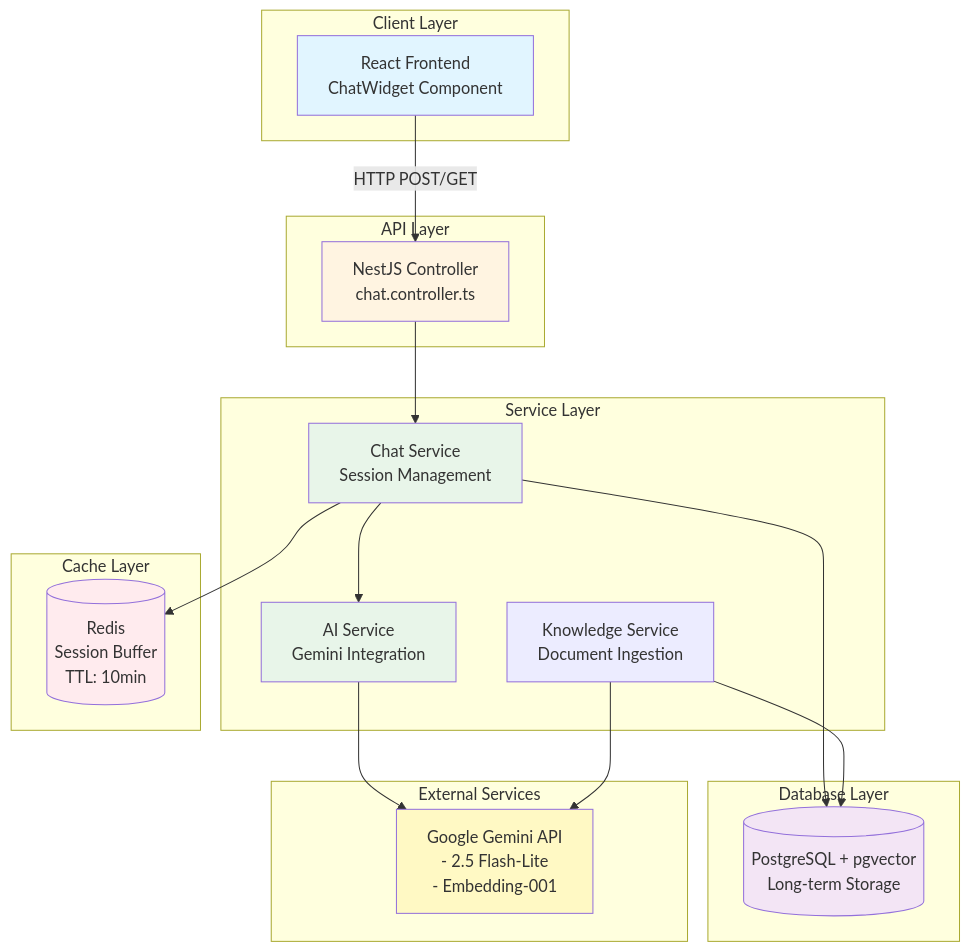
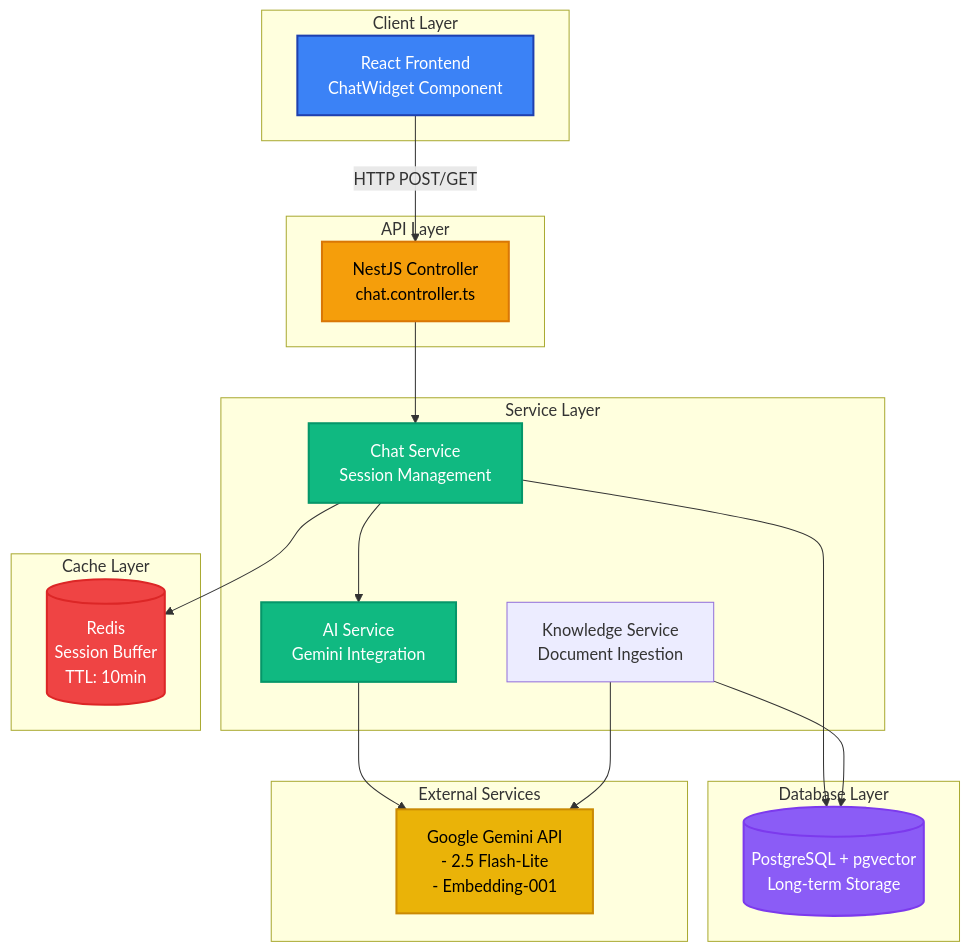
The first of 5 diagrams in Readme.md (Rohit1419/Customer-Support-AI-Agent), drawn with Mermaid before and after one commit. The commit also changed other lines of this file, not shown here.

````diff
--- a/Readme.md
+++ b/Readme.md
@@ -21,45 +21,45 @@
 ```mermaid
 graph TB
     subgraph "Client Layer"
         UI[React Frontend<br/>ChatWidget Component]
     end
 
     subgraph "API Layer"
         Controller[NestJS Controller<br/>chat.controller.ts]
     end
 
     subgraph "Service Layer"
         ChatService[Chat Service<br/>Session Management]
         AIService[AI Service<br/>Gemini Integration]
         KnowledgeService[Knowledge Service<br/>Document Ingestion]
     end
 
     subgraph "Cache Layer"
         Redis[(Redis<br/>Session Buffer<br/>TTL: 10min)]
     end
 
     subgraph "Database Layer"
         Postgres[(PostgreSQL + pgvector<br/>Long-term Storage)]
     end
 
     subgraph "External Services"
         Gemini[Google Gemini API<br/>- 2.5 Flash-Lite<br/>- Embedding-001]
     end
 
     UI -->|HTTP POST/GET| Controller
     Controller --> ChatService
     ChatService --> AIService
     ChatService --> Redis
     ChatService --> Postgres
     AIService --> Gemini
     KnowledgeService --> Gemini
     KnowledgeService --> Postgres
 
-    style UI fill:#e1f5ff
-    style Controller fill:#fff4e1
-    style ChatService fill:#e8f5e9
-    style AIService fill:#e8f5e9
-    style Redis fill:#ffebee
-    style Postgres fill:#f3e5f5
-    style Gemini fill:#fff9c4
+    style UI fill:#3b82f6,stroke:#1e40af,stroke-width:2px,color:#fff
+    style Controller fill:#f59e0b,stroke:#d97706,stroke-width:2px,color:#000
+    style ChatService fill:#10b981,stroke:#059669,stroke-width:2px,color:#fff
+    style AIService fill:#10b981,stroke:#059669,stroke-width:2px,color:#fff
+    style Redis fill:#ef4444,stroke:#dc2626,stroke-width:2px,color:#fff
+    style Postgres fill:#8b5cf6,stroke:#7c3aed,stroke-width:2px,color:#fff
+    style Gemini fill:#eab308,stroke:#ca8a04,stroke-width:2px,color:#000
 ```
````
